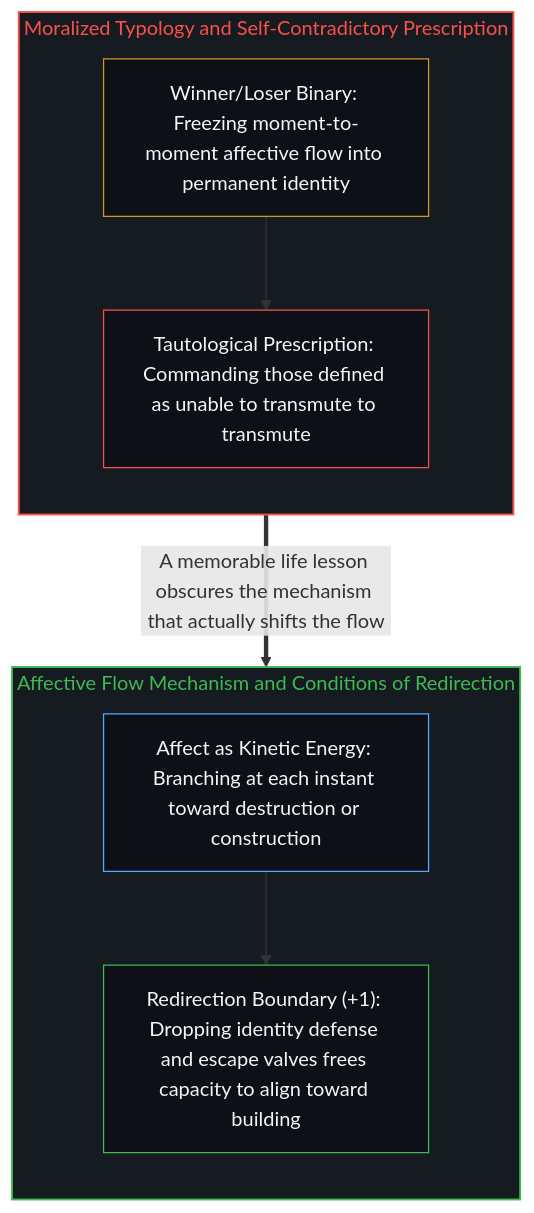
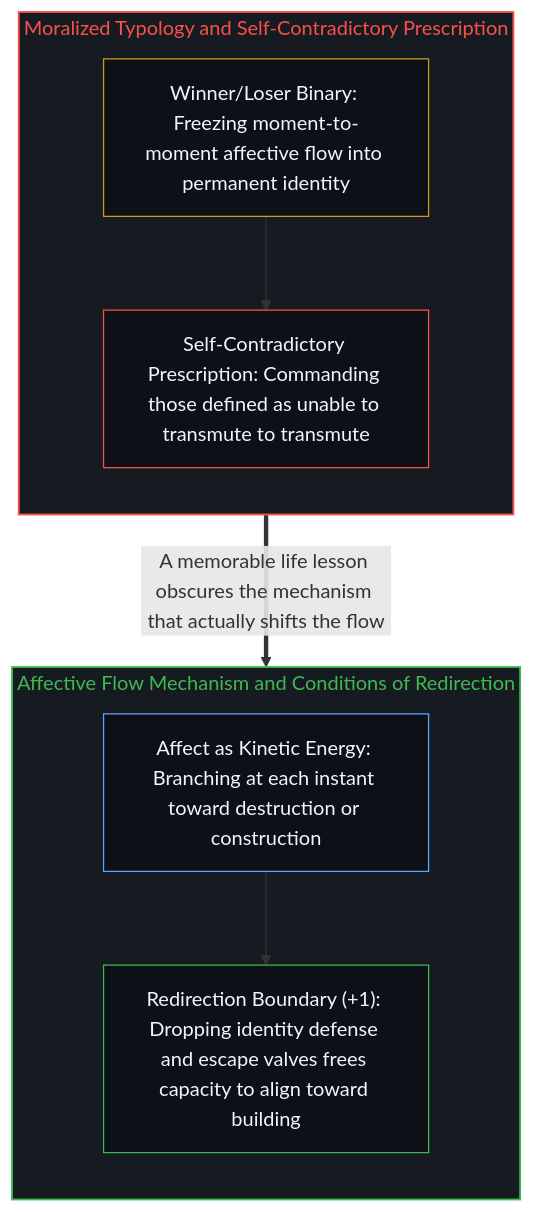
The second of 2 diagrams in content/posts/huberman-winners-losers.md (powerpig99/not-a-toe), drawn with Mermaid before and after one commit. The commit also changed other lines of this file and 9 other files, not shown here.

````diff
--- a/content/posts/huberman-winners-losers.md
+++ b/content/posts/huberman-winners-losers.md
@@ -42,22 +42,22 @@
 ```mermaid
 flowchart TD
     subgraph S_Moral["Moralized Typology and Self-Contradictory Prescription"]
         direction TB
         Label["Winner/Loser Binary: Freezing moment-to-moment affective flow into permanent identity"]
-        Paradox["Tautological Prescription: Commanding those defined as unable to transmute to transmute"]
+        Paradox["Self-Contradictory Prescription: Commanding those defined as unable to transmute to transmute"]
         Label --> Paradox
     end
     subgraph S_Flow["Affective Flow Mechanism and Conditions of Redirection"]
         direction TB
         Affect["Affect as Kinetic Energy: Branching at each instant toward destruction or construction"]
         Shift["Redirection Boundary (+1): Dropping identity defense and escape valves frees capacity to align toward building"]
         Affect --> Shift
     end
     Paradox ==>|"A memorable life lesson obscures the mechanism that actually shifts the flow"| Affect
     style S_Moral fill:#161b22,stroke:#f85149,stroke-width:1.5px,color:#f85149
     style S_Flow fill:#161b22,stroke:#3fb950,stroke-width:1.5px,color:#3fb950
     style Label fill:#0d1117,stroke:#d29922,stroke-width:1px,color:#f0f6fc
     style Paradox fill:#0d1117,stroke:#f85149,stroke-width:1px,color:#f0f6fc
     style Affect fill:#0d1117,stroke:#58a6ff,stroke-width:1px,color:#f0f6fc
     style Shift fill:#0d1117,stroke:#3fb950,stroke-width:1px,color:#f0f6fc
 ```
````
